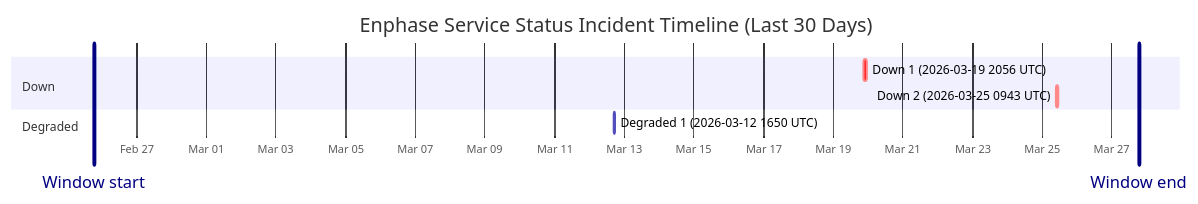
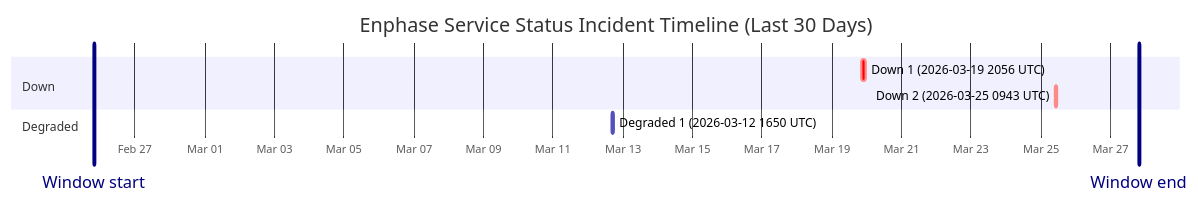
One commit to barneyonline/ha-enphase-ev-charger changed the diagram in wiki/Service-Status-History.md. Above: the diagram before and after it, drawn with Mermaid. The commit also changed other lines of this file and 3 other files, not shown here.

````diff
--- a/wiki/Service-Status-History.md
+++ b/wiki/Service-Status-History.md
@@ -14,13 +14,13 @@
 ```mermaid
 gantt
     title Enphase Service Status Incident Timeline (Last 30 Days)
     dateFormat  YYYY-MM-DDTHH:mm:ss
     axisFormat  %b %d
-    Window start :vert, window-start, 2026-02-25T18:43:26, 0ms
-    Window end :vert, window-end, 2026-03-27T18:43:26, 0ms
+    Window start :vert, window-start, 2026-02-25T19:35:24, 0ms
+    Window end :vert, window-end, 2026-03-27T19:35:24, 0ms
     section Down
     Down 1 (2026-03-19 2056 UTC) :crit, down-1, 2026-03-19T20:56:20, 145m
     Down 2 (2026-03-25 0943 UTC) :crit, down-2, 2026-03-25T09:43:28, 111m
     section Degraded
     Degraded 1 (2026-03-12 1650 UTC) :active, degraded-1, 2026-03-12T16:50:43, 60m
 ```
````
